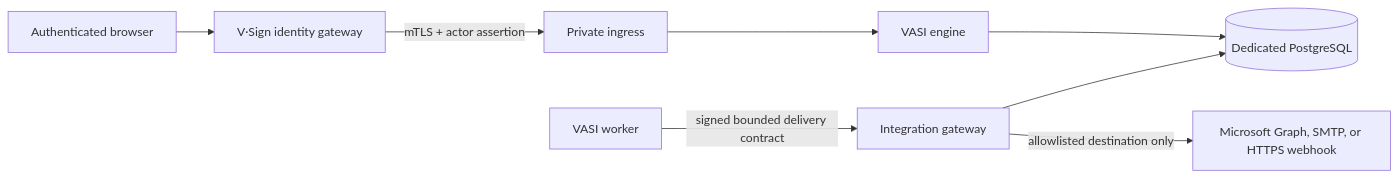
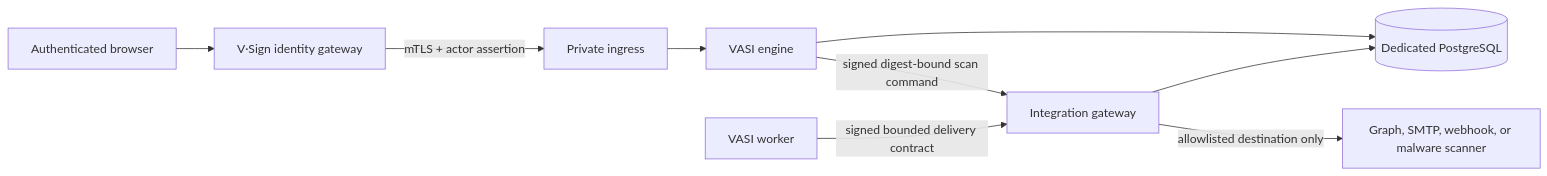
Before and after one commit to AznIronMan/VASI: the diagram in docs/architecture/productized-tenancy-and-integrations.md, drawn with Mermaid. The commit also changed other lines of this file and 58 other files, not shown here.

````diff
--- a/docs/architecture/productized-tenancy-and-integrations.md
+++ b/docs/architecture/productized-tenancy-and-integrations.md
@@ -18,10 +19,11 @@
 ```mermaid
 flowchart LR
   browser["Authenticated browser"] --> gateway["V·Sign identity gateway"]
   gateway -->|"mTLS + actor assertion"| ingress["Private ingress"]
   ingress --> engine["VASI engine"]
   engine --> database[("Dedicated PostgreSQL")]
-  worker["VASI worker"] -->|"signed bounded delivery contract"| integrations["Integration gateway"]
+  engine -->|"signed digest-bound scan command"| integrations["Integration gateway"]
+  worker["VASI worker"] -->|"signed bounded delivery contract"| integrations
   integrations --> database
-  integrations -->|"allowlisted destination only"| external["Microsoft Graph, SMTP, or HTTPS webhook"]
+  integrations -->|"allowlisted destination only"| external["Graph, SMTP, webhook, or malware scanner"]
 ```
````
